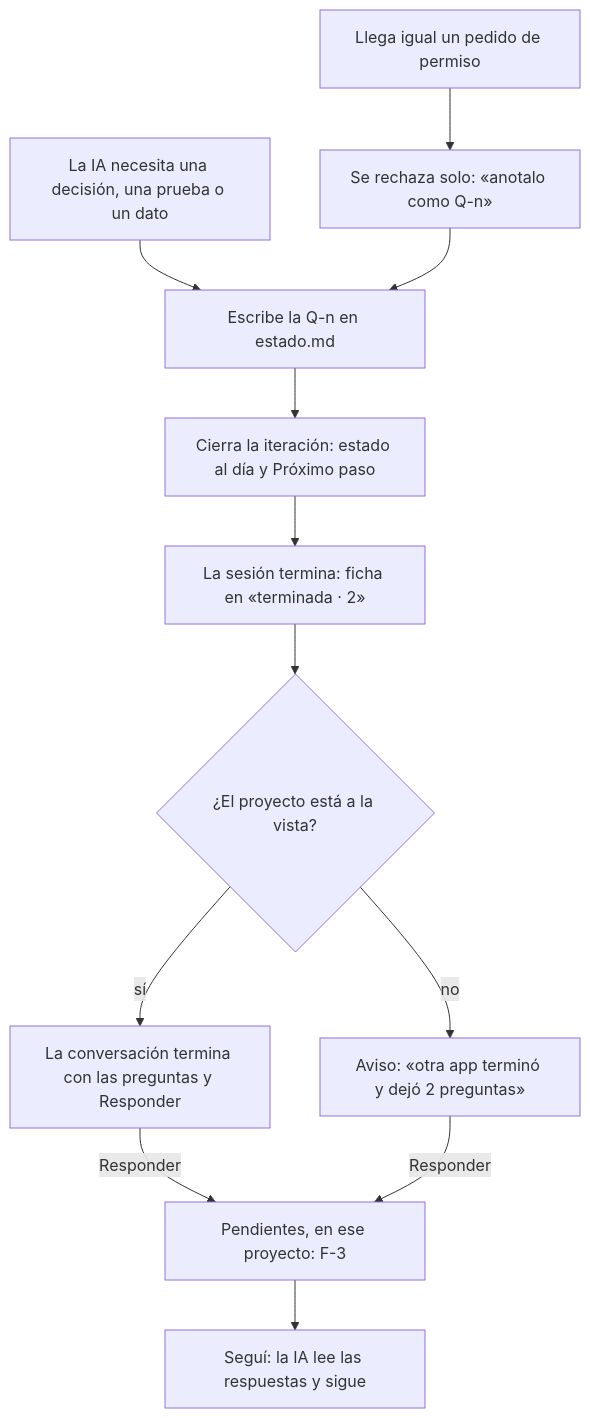
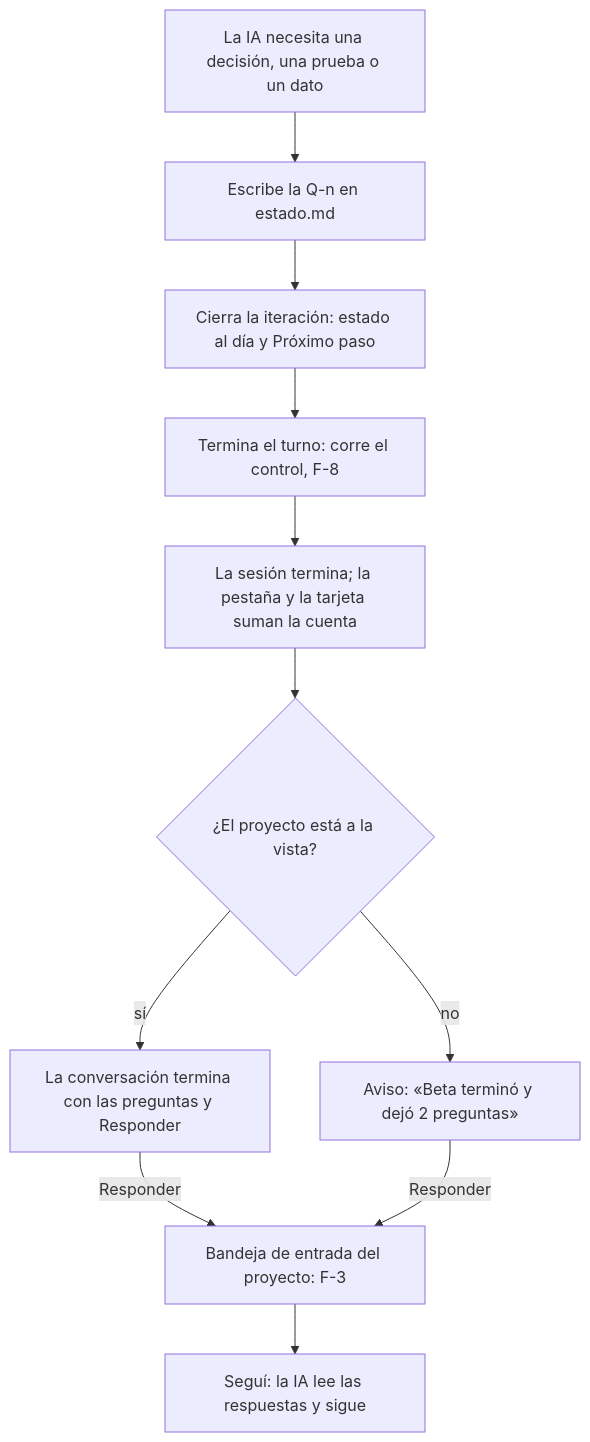
The second of 9 diagrams in docs/04-ux.md (LlanosLautaro/Iridium), drawn with Mermaid before and after one commit. The commit also changed other lines of this file and 13 other files, not shown here.

````diff
--- a/docs/04-ux.md
+++ b/docs/04-ux.md
@@ -159,14 +196,13 @@
 ```mermaid
 flowchart TD
   A[La IA necesita una decisión, una prueba o un dato] --> B[Escribe la Q-n en estado.md]
   B --> C[Cierra la iteración: estado al día y Próximo paso]
-  C --> D[La sesión termina: ficha en «terminada · 2»]
-  D --> E{¿El proyecto está a la vista?}
-  E -->|sí| F[La conversación termina con las preguntas y Responder]
-  E -->|no| G[Aviso: «otra app terminó y dejó 2 preguntas»]
-  F -->|Responder| H[Pendientes, en ese proyecto: F-3]
-  G -->|Responder| H
-  H --> I[Seguí: la IA lee las respuestas y sigue]
-  X[Llega igual un pedido de permiso] --> Y[Se rechaza solo: «anotalo como Q-n»]
-  Y --> B
+  C --> D[Termina el turno: corre el control, F-8]
+  D --> E[La sesión termina; la pestaña y la tarjeta suman la cuenta]
+  E --> F{¿El proyecto está a la vista?}
+  F -->|sí| G[La conversación termina con las preguntas y Responder]
+  F -->|no| H[Aviso: «Beta terminó y dejó 2 preguntas»]
+  G -->|Responder| I[Bandeja de entrada del proyecto: F-3]
+  H -->|Responder| I
+  I --> J[Seguí: la IA lee las respuestas y sigue]
 ```
````
